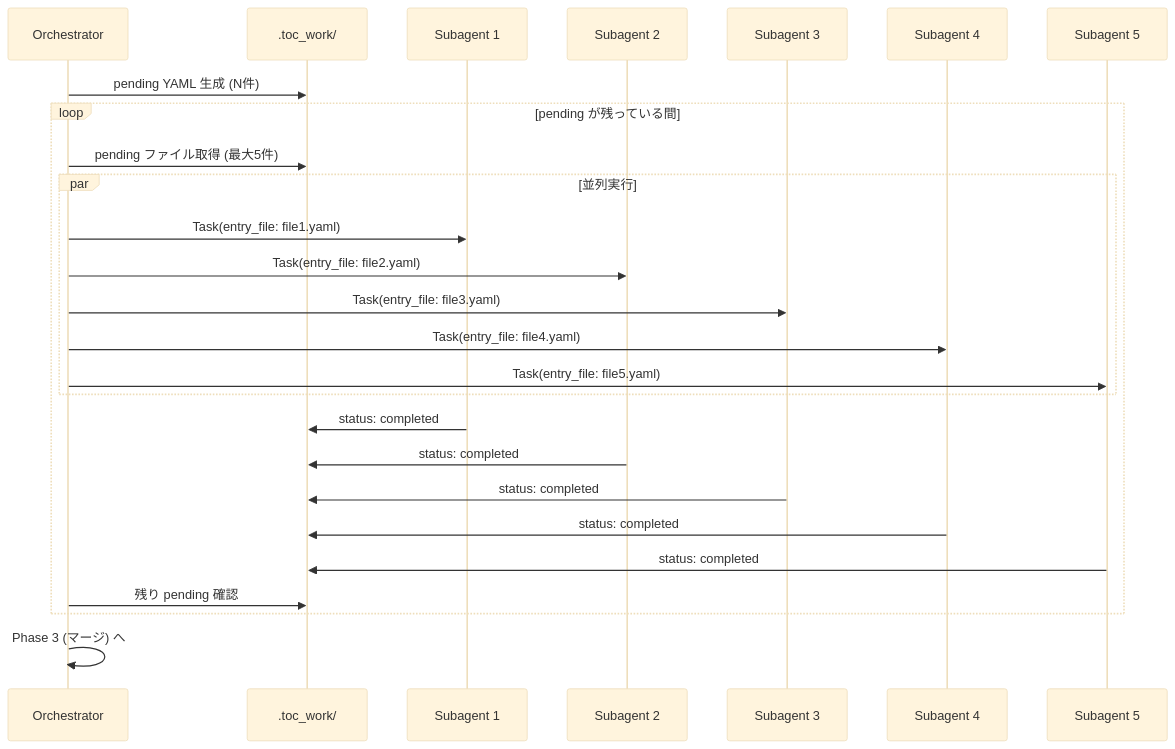
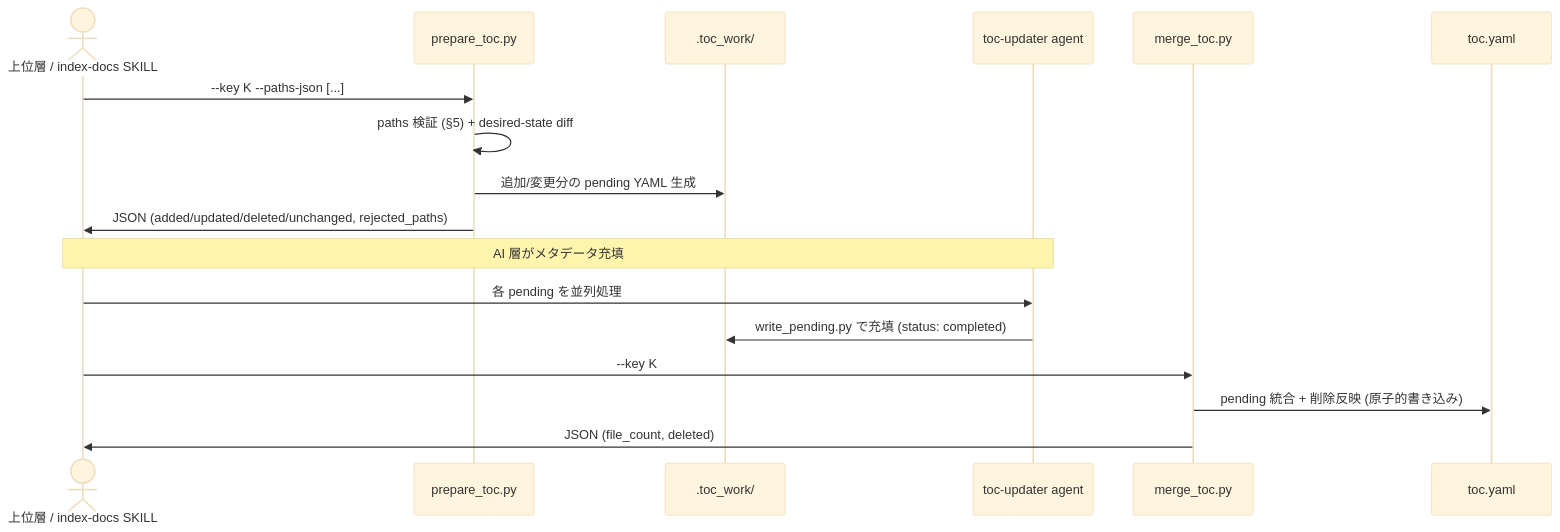
Before and after one commit to BlueEventHorizon/DocAdvisor-CC: the fourth of 7 diagrams in docs/specs/base/design/DES-005_toc_generation_flow.md, drawn with Mermaid (base theme). The commit also changed other lines of this file and 35 other files, not shown here.

First line of the commit message:
docs: new-if 仕様を base へ溶融統合し参照を remap（merge-specs / Issue #15 TASK-016）

````diff
--- a/docs/specs/base/design/DES-005_toc_generation_flow.md
+++ b/docs/specs/base/design/DES-005_toc_generation_flow.md
@@ -249,34 +221,20 @@
 ```mermaid
 sequenceDiagram
-    participant O as Orchestrator
-    participant W as .toc_work/
-    participant S1 as Subagent 1
-    participant S2 as Subagent 2
-    participant S3 as Subagent 3
-    participant S4 as Subagent 4
-    participant S5 as Subagent 5
+    actor Caller as 上位層 / index-docs SKILL
+    participant Prep as prepare_toc.py
+    participant Work as .toc_work/
+    participant Agent as toc-updater agent
+    participant Merge as merge_toc.py
+    participant Store as toc.yaml
 
-    O->>W: pending YAML 生成 (N件)
-
-    loop pending が残っている間
-        O->>W: pending ファイル取得 (最大5件)
-
-        par 並列実行
-            O->>S1: Task(entry_file: file1.yaml)
-            O->>S2: Task(entry_file: file2.yaml)
-            O->>S3: Task(entry_file: file3.yaml)
-            O->>S4: Task(entry_file: file4.yaml)
-            O->>S5: Task(entry_file: file5.yaml)
-        end
-
-        S1->>W: status: completed
-        S2->>W: status: completed
-        S3->>W: status: completed
-        S4->>W: status: completed
-        S5->>W: status: completed
-
-        O->>W: 残り pending 確認
-    end
-
-    O->>O: Phase 3 (マージ) へ
+    Caller->>Prep: --key K --paths-json [...]
+    Prep->>Prep: paths 検証 (§5) + desired-state diff
+    Prep->>Work: 追加/変更分の pending YAML 生成
+    Prep->>Caller: JSON (added/updated/deleted/unchanged, rejected_paths)
+    Note over Caller,Agent: AI 層がメタデータ充填
+    Caller->>Agent: 各 pending を並列処理
+    Agent->>Work: write_pending.py で充填 (status: completed)
+    Caller->>Merge: --key K
+    Merge->>Store: pending 統合 + 削除反映 (原子的書き込み)
+    Merge->>Caller: JSON (file_count, deleted)
 ```
````
